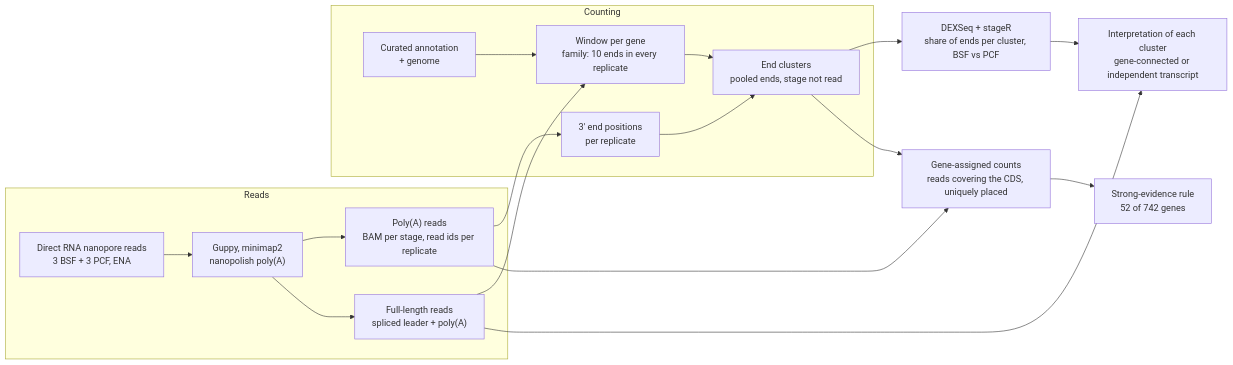
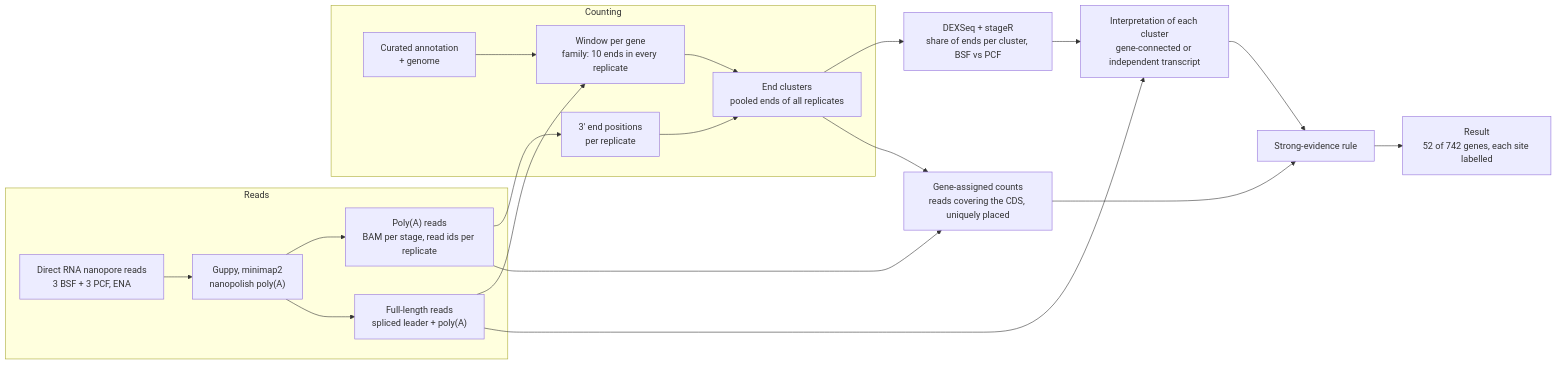
Before and after one commit to mtinti/tbrucei_alternative_3end_paper: the diagram in README.md, drawn with Mermaid.

Commit message:
README diagram: one end node, plainer cluster label

````diff
--- a/README.md
+++ b/README.md
@@ -22,21 +22,23 @@
 ```mermaid
 flowchart LR
   subgraph Reads
     R["Direct RNA nanopore reads<br/>3 BSF + 3 PCF, ENA"] --> B["Guppy, minimap2<br/>nanopolish poly(A)"]
     B --> PA["Poly(A) reads<br/>BAM per stage, read ids per replicate"]
     B --> FL["Full-length reads<br/>spliced leader + poly(A)"]
   end
   subgraph Counting
     A["Curated annotation<br/>+ genome"] --> W["Window per gene<br/>family: 10 ends in every replicate"]
     FL --> W
     PA --> E["3' end positions<br/>per replicate"]
-    E --> C["End clusters<br/>pooled ends, stage not read"]
+    E --> C["End clusters<br/>pooled ends of all replicates"]
     W --> C
   end
   C --> T["DEXSeq + stageR<br/>share of ends per cluster, BSF vs PCF"]
   T --> I["Interpretation of each cluster<br/>gene-connected or independent transcript"]
   FL --> I
   PA --> G["Gene-assigned counts<br/>reads covering the CDS, uniquely placed"]
   C --> G
-  G --> X["Strong-evidence rule<br/>52 of 742 genes"]
+  G --> S["Strong-evidence rule"]
+  I --> S
+  S --> X["Result<br/>52 of 742 genes, each site labelled"]
 ```
````
